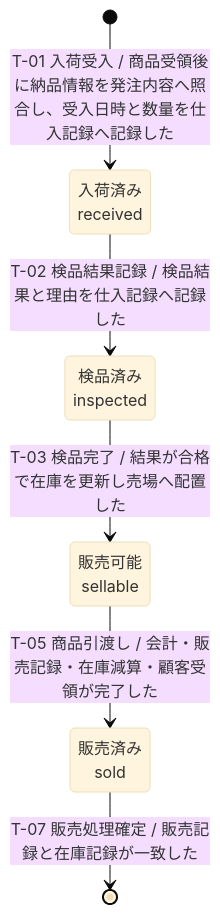
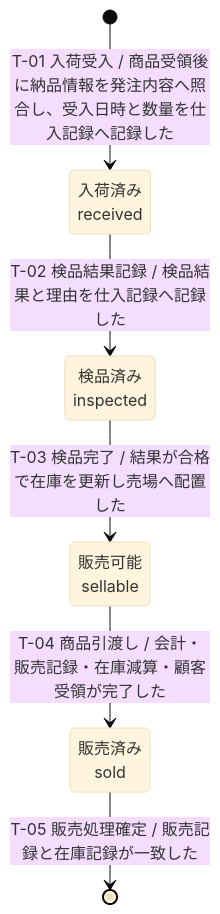
Before and after one commit to specdojo/specdojo: the first of 2 diagrams in docs/ja/specdojo/samples/stsd-sample.md, drawn with Mermaid (base theme). The commit also changed other lines of this file and 5 other files, not shown here.

Commit message:
exec(register PJR-CY0S): stsd-sample の遷移 ID を図と表の順に振り直す

````diff
--- a/docs/ja/specdojo/samples/stsd-sample.md
+++ b/docs/ja/specdojo/samples/stsd-sample.md
@@ -48,12 +48,12 @@
 ```mermaid
 stateDiagram-v2
   state "入荷済み<br>received" as received
   state "検品済み<br>inspected" as inspected
   state "販売可能<br>sellable" as sellable
   state "販売済み<br>sold" as sold
   [*] --> received : T-01 入荷受入 / 商品受領後に納品情報を発注内容へ照合し、受入日時と数量を仕入記録へ記録した
   received --> inspected : T-02 検品結果記録 / 検品結果と理由を仕入記録へ記録した
   inspected --> sellable : T-03 検品完了 / 結果が合格で在庫を更新し売場へ配置した
-  sellable --> sold : T-05 商品引渡し / 会計・販売記録・在庫減算・顧客受領が完了した
-  sold --> [*] : T-07 販売処理確定 / 販売記録と在庫記録が一致した
+  sellable --> sold : T-04 商品引渡し / 会計・販売記録・在庫減算・顧客受領が完了した
+  sold --> [*] : T-05 販売処理確定 / 販売記録と在庫記録が一致した
 ```
````
